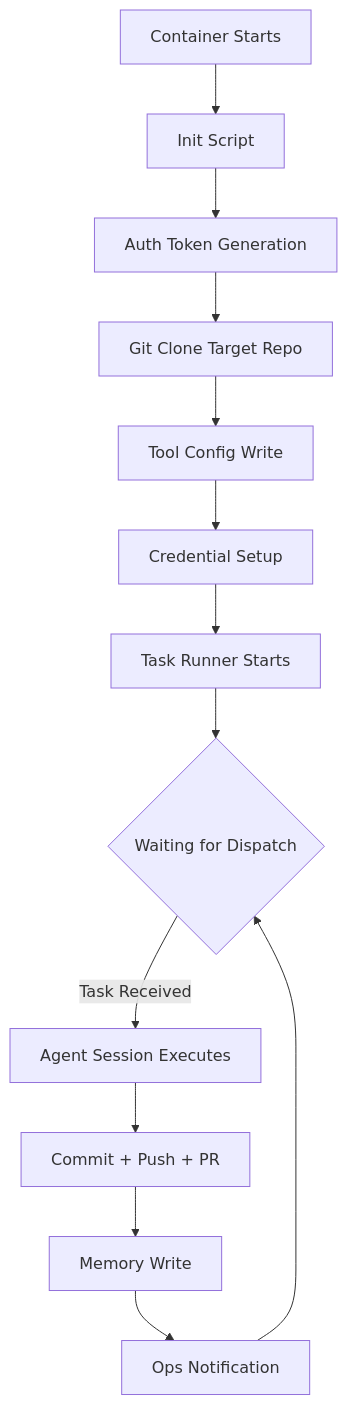
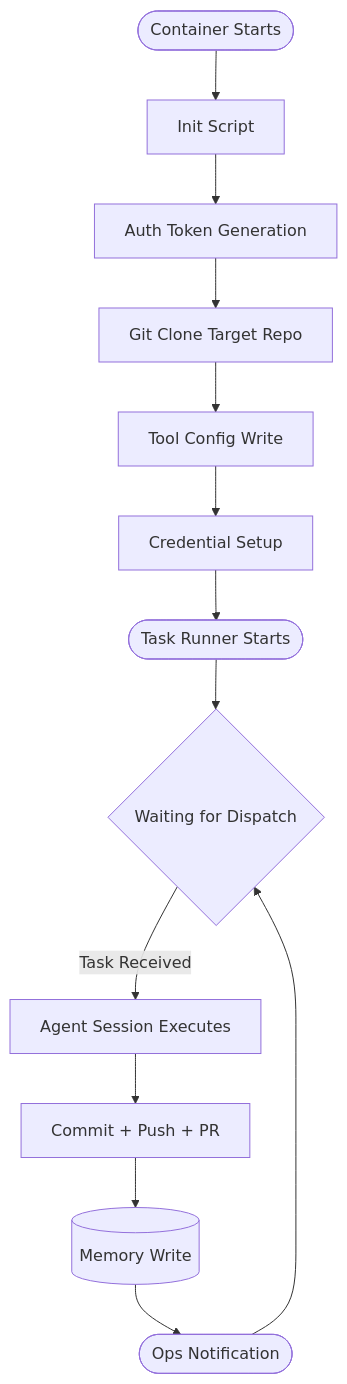
The second of 3 diagrams in src/content/build-logs/b0b-methodology.mdx (CyberdaemonAI/cyberdaemon-site), drawn with Mermaid before and after one commit. The commit also changed other lines of this file and 23 other files, not shown here.

First line of the commit message:
style(diagrams): retrofit all mermaid diagrams to flowchart syntax site-wide

````diff
--- a/src/content/build-logs/b0b-methodology.mdx
+++ b/src/content/build-logs/b0b-methodology.mdx
@@ -112,15 +106,15 @@
 ```mermaid
-graph TD
-    A[Container Starts] --> B[Init Script]
+flowchart TD
+    A([Container Starts]) --> B[Init Script]
     B --> C[Auth Token Generation]
     C --> D[Git Clone Target Repo]
     D --> E[Tool Config Write]
     E --> F[Credential Setup]
-    F --> G[Task Runner Starts]
+    F --> G([Task Runner Starts])
     G --> H{Waiting for Dispatch}
     H -->|Task Received| I[Agent Session Executes]
     I --> J[Commit + Push + PR]
-    J --> K[Memory Write]
-    K --> L[Ops Notification]
+    J --> K[(Memory Write)]
+    K --> L([Ops Notification])
     L --> H
 ```
````
